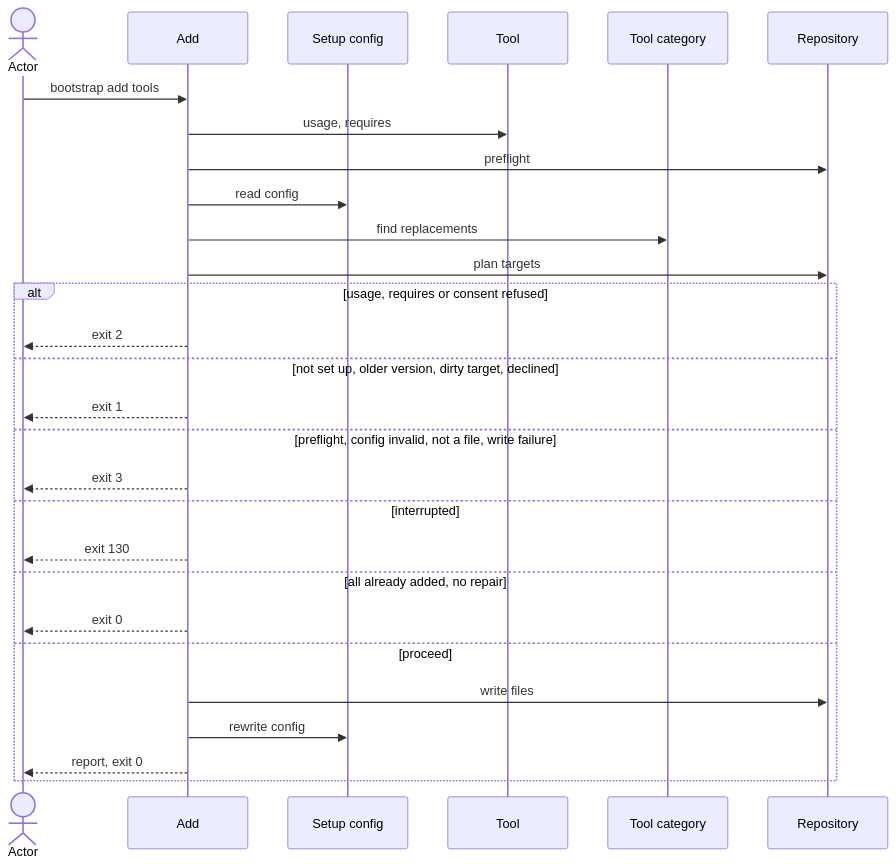
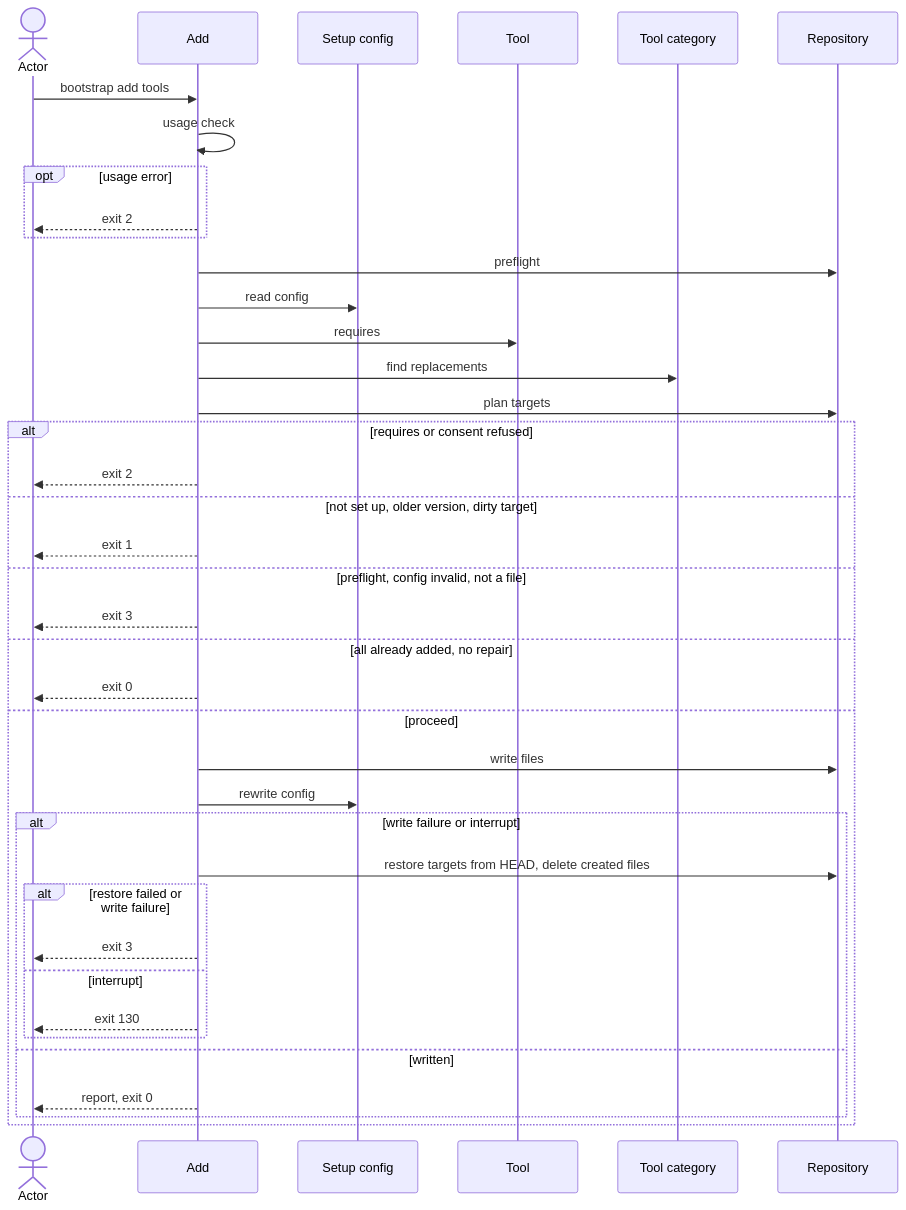
One commit to virajp/bootstrap changed the diagram in docs/blueprint/flows/cli/140-add-tool/index.md. Above: the diagram before and after it, drawn with Mermaid. The commit also changed other lines of this file and 19 other files, not shown here.

````diff
--- a/docs/blueprint/flows/cli/140-add-tool/index.md
+++ b/docs/blueprint/flows/cli/140-add-tool/index.md
@@ -121,30 +109,41 @@
 ```mermaid
 sequenceDiagram
     actor O as Actor
     participant A as Add
     participant C as Setup config
     participant T as Tool
     participant K as Tool category
     participant R as Repository
     O->>A: bootstrap add tools
-    A->>T: usage, requires
+    A->>A: usage check
+    opt usage error
+        A-->>O: exit 2
+    end
     A->>R: preflight
     A->>C: read config
+    A->>T: requires
     A->>K: find replacements
     A->>R: plan targets
-    alt usage, requires or consent refused
+    alt requires or consent refused
         A-->>O: exit 2
-    else not set up, older version, dirty target, declined
+    else not set up, older version, dirty target
         A-->>O: exit 1
-    else preflight, config invalid, not a file, write failure
+    else preflight, config invalid, not a file
         A-->>O: exit 3
-    else interrupted
-        A-->>O: exit 130
     else all already added, no repair
         A-->>O: exit 0
     else proceed
         A->>R: write files
         A->>C: rewrite config
-        A-->>O: report, exit 0
+        alt write failure or interrupt
+            A->>R: restore targets from HEAD, delete created files
+            alt restore failed or write failure
+                A-->>O: exit 3
+            else interrupt
+                A-->>O: exit 130
+            end
+        else written
+            A-->>O: report, exit 0
+        end
     end
 ```
````
